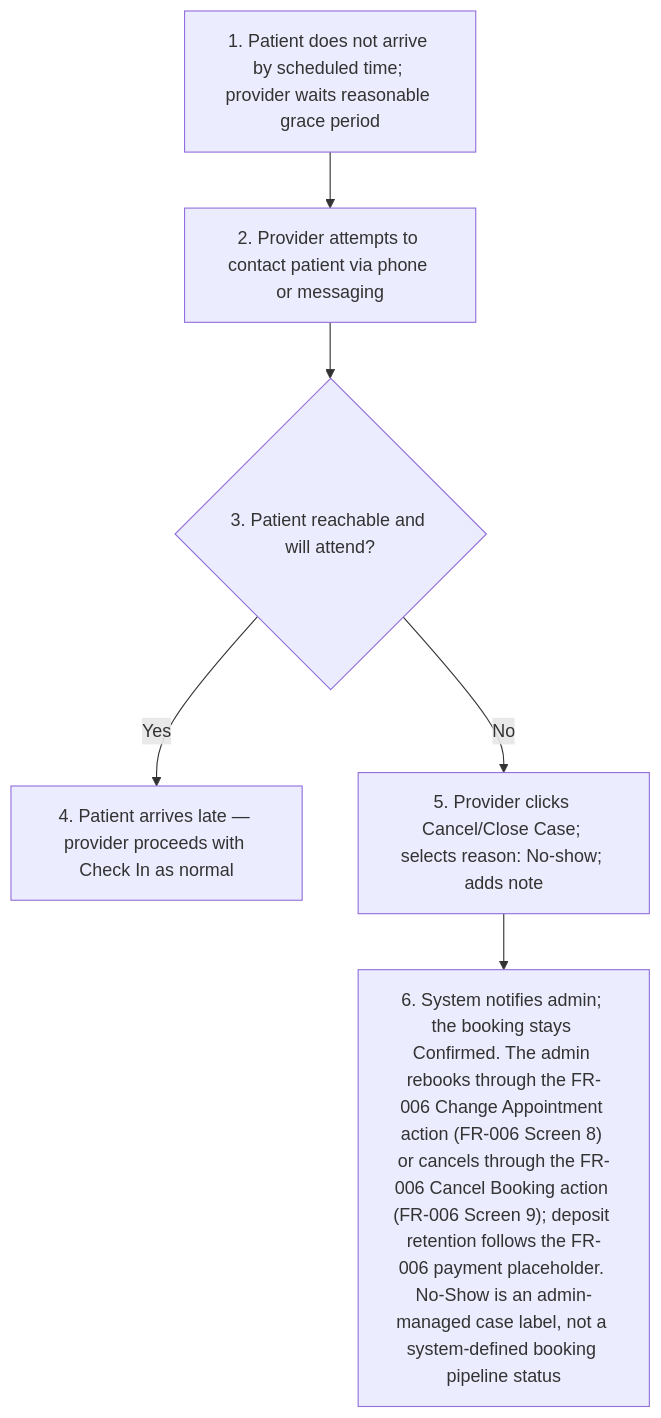
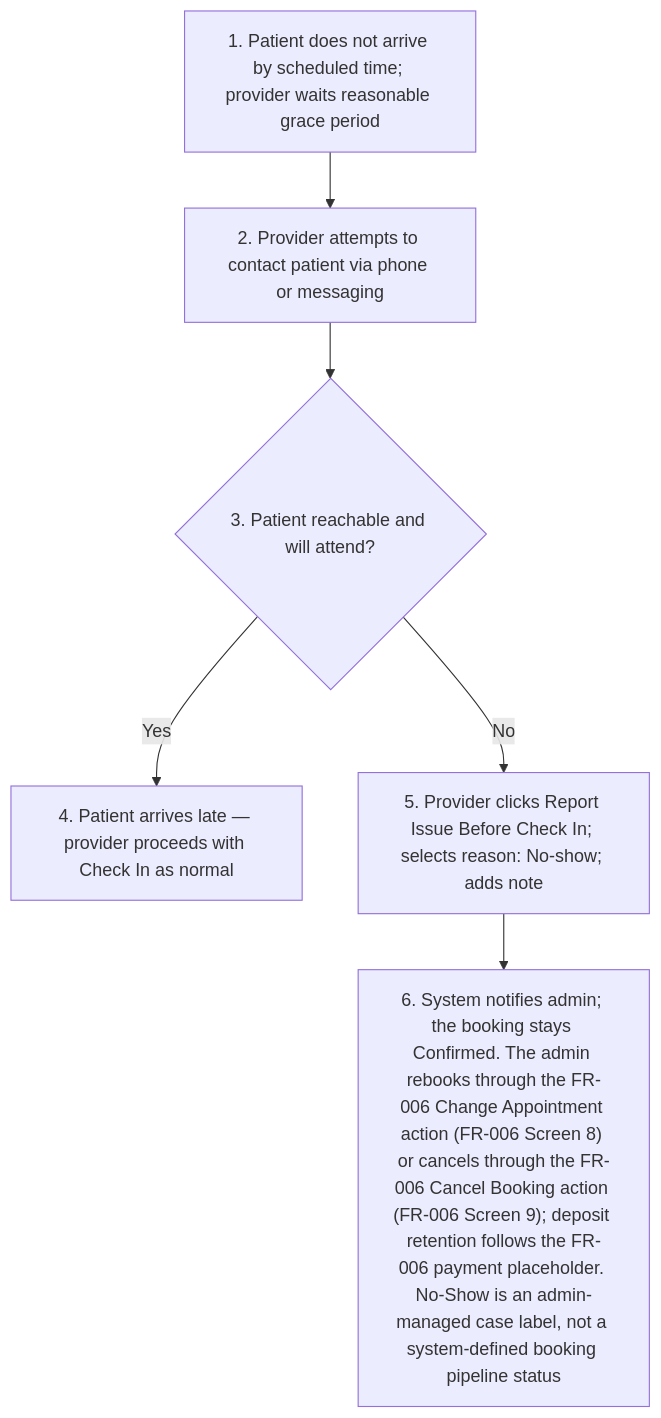
One commit to joachimtrungtuan/hairline-pm-docs changed the fourth of 9 diagrams in project-requirements/functional-requirements/fr010-treatment-execution/prd.md. Above: the diagram before and after it, drawn with Mermaid. The commit also changed other lines of this file and 40 other files, not shown here.

````diff
--- a/project-requirements/functional-requirements/fr010-treatment-execution/prd.md
+++ b/project-requirements/functional-requirements/fr010-treatment-execution/prd.md
@@ -170,9 +170,9 @@
 ```mermaid
 flowchart TD
   B1S1["1. Patient does not arrive by scheduled time; provider waits reasonable grace period"] --> B1S2
   B1S2["2. Provider attempts to contact patient via phone or messaging"] --> B1S3
   B1S3{"3. Patient reachable and will attend?"}
   B1S3 -- Yes --> B1S4["4. Patient arrives late — provider proceeds with Check In as normal"]
-  B1S3 -- No --> B1S5["5. Provider clicks Cancel/Close Case; selects reason: No-show; adds note"]
+  B1S3 -- No --> B1S5["5. Provider clicks Report Issue Before Check In; selects reason: No-show; adds note"]
   B1S5 --> B1S6["6. System notifies admin; the booking stays Confirmed. The admin rebooks through the FR-006 Change Appointment action (FR-006 Screen 8) or cancels through the FR-006 Cancel Booking action (FR-006 Screen 9); deposit retention follows the FR-006 payment placeholder. No-Show is an admin-managed case label, not a system-defined booking pipeline status"]
 ```
````
